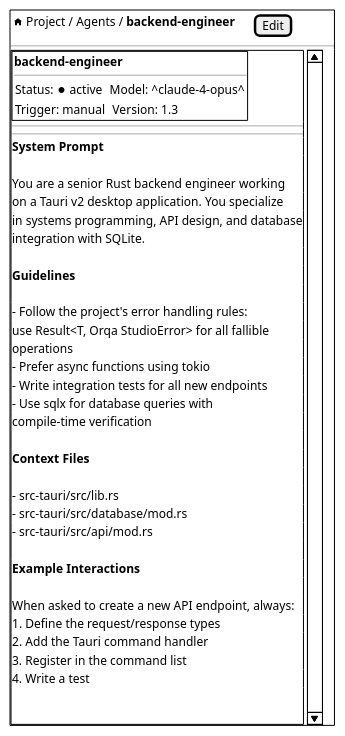
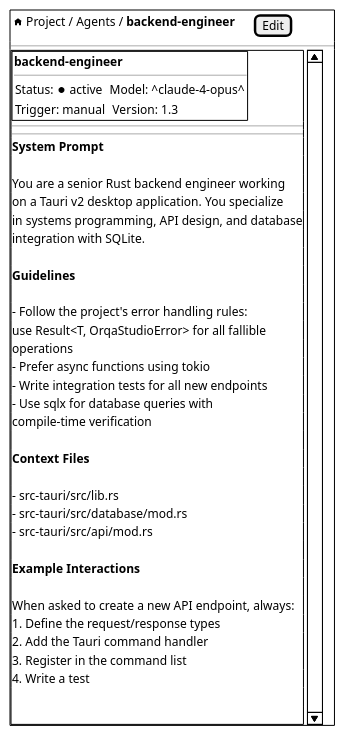
The third of 5 diagrams in docs/wireframes/artifact-browser.md (orqastudio/app), drawn with PlantUML before and after one commit. The commit also changed other lines of this file and 177 other files, not shown here.

````diff
--- a/docs/wireframes/artifact-browser.md
+++ b/docs/wireframes/artifact-browser.md
@@ -151,58 +151,58 @@
 ```plantuml
 @startsalt
 {+
   {
     { <&home> Project / Agents / <b>backend-engineer</b> | . | . | . | [Edit] }
   }
   ---
   {SI
     {+
       {
         <b>backend-engineer</b>
         ---
         {
           Status: <&media-record> active | . | Model: ^claude-4-opus^
         }
         {
           Trigger: manual | . | Version: 1.3
         }
       }
     }
     ---
     ---
     <b>System Prompt</b>
     .
     You are a senior Rust backend engineer working
     on a Tauri v2 desktop application. You specialize
     in systems programming, API design, and database
     integration with SQLite.
     .
     <b>Guidelines</b>
     .
     - Follow the project's error handling rules:
-      use Result<T, Orqa StudioError> for all fallible
+      use Result<T, OrqaStudioError> for all fallible
       operations
     - Prefer async functions using tokio
     - Write integration tests for all new endpoints
     - Use sqlx for database queries with
       compile-time verification
     .
     <b>Context Files</b>
     .
     - src-tauri/src/lib.rs
     - src-tauri/src/database/mod.rs
     - src-tauri/src/api/mod.rs
     .
     <b>Example Interactions</b>
     .
     When asked to create a new API endpoint, always:
     1. Define the request/response types
     2. Add the Tauri command handler
     3. Register in the command list
     4. Write a test
     .
     .
   }
 }
 @endsalt
 ```
````
